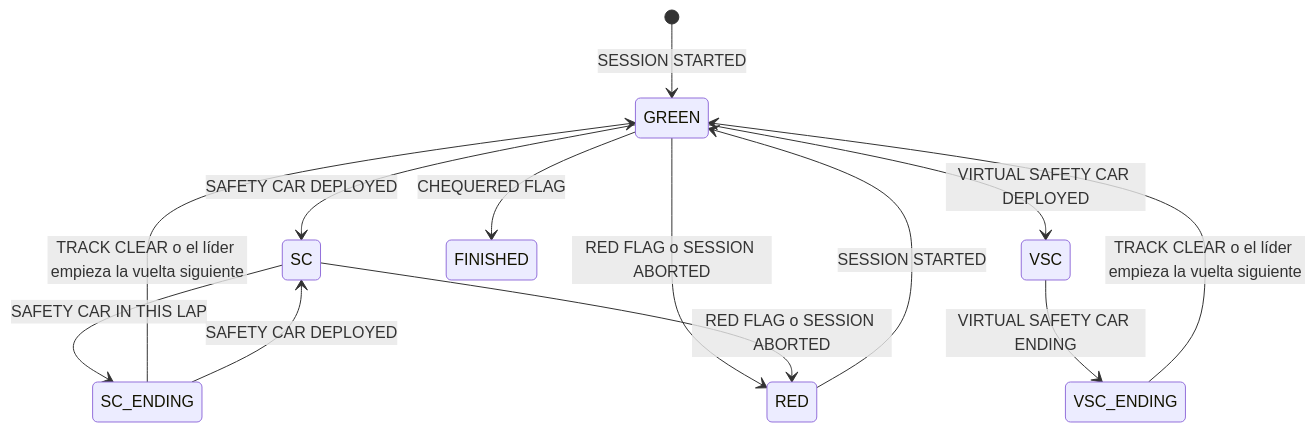
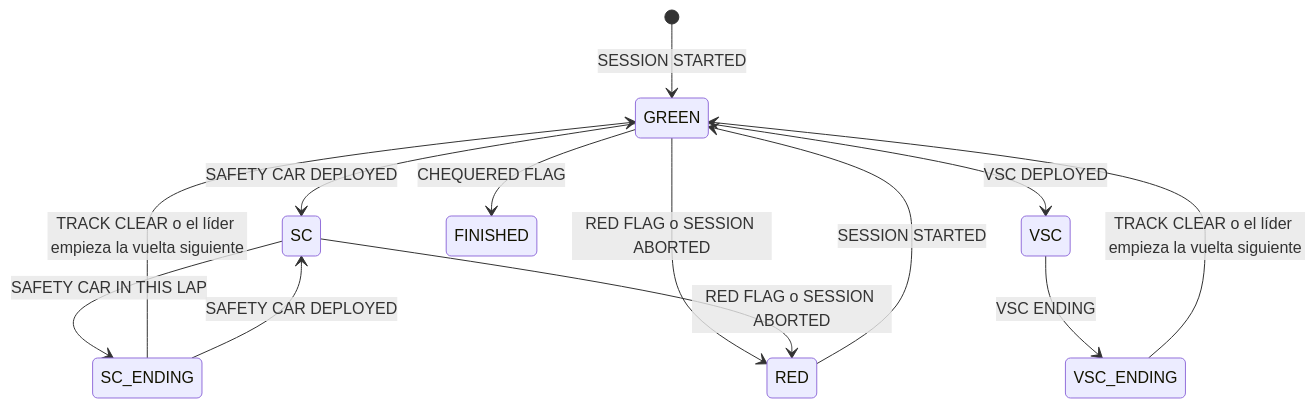
One commit to cardo88/apexpulse changed the diagram in docs/modelo-de-eventos.md. Above: the diagram before and after it, drawn with Mermaid. The commit also changed other lines of this file and 85 other files, not shown here.

````diff
--- a/docs/modelo-de-eventos.md
+++ b/docs/modelo-de-eventos.md
@@ -92,15 +92,15 @@
 ```mermaid
 stateDiagram-v2
   [*] --> GREEN: SESSION STARTED
   GREEN --> SC: SAFETY CAR DEPLOYED
-  GREEN --> VSC: VIRTUAL SAFETY CAR DEPLOYED
+  GREEN --> VSC: VSC DEPLOYED
   SC --> SC_ENDING: SAFETY CAR IN THIS LAP
-  VSC --> VSC_ENDING: VIRTUAL SAFETY CAR ENDING
+  VSC --> VSC_ENDING: VSC ENDING
   SC_ENDING --> GREEN: TRACK CLEAR o el líder empieza la vuelta siguiente
   VSC_ENDING --> GREEN: TRACK CLEAR o el líder empieza la vuelta siguiente
   SC_ENDING --> SC: SAFETY CAR DEPLOYED
   GREEN --> RED: RED FLAG o SESSION ABORTED
   SC --> RED: RED FLAG o SESSION ABORTED
   RED --> GREEN: SESSION STARTED
   GREEN --> FINISHED: CHEQUERED FLAG
 ```
````
